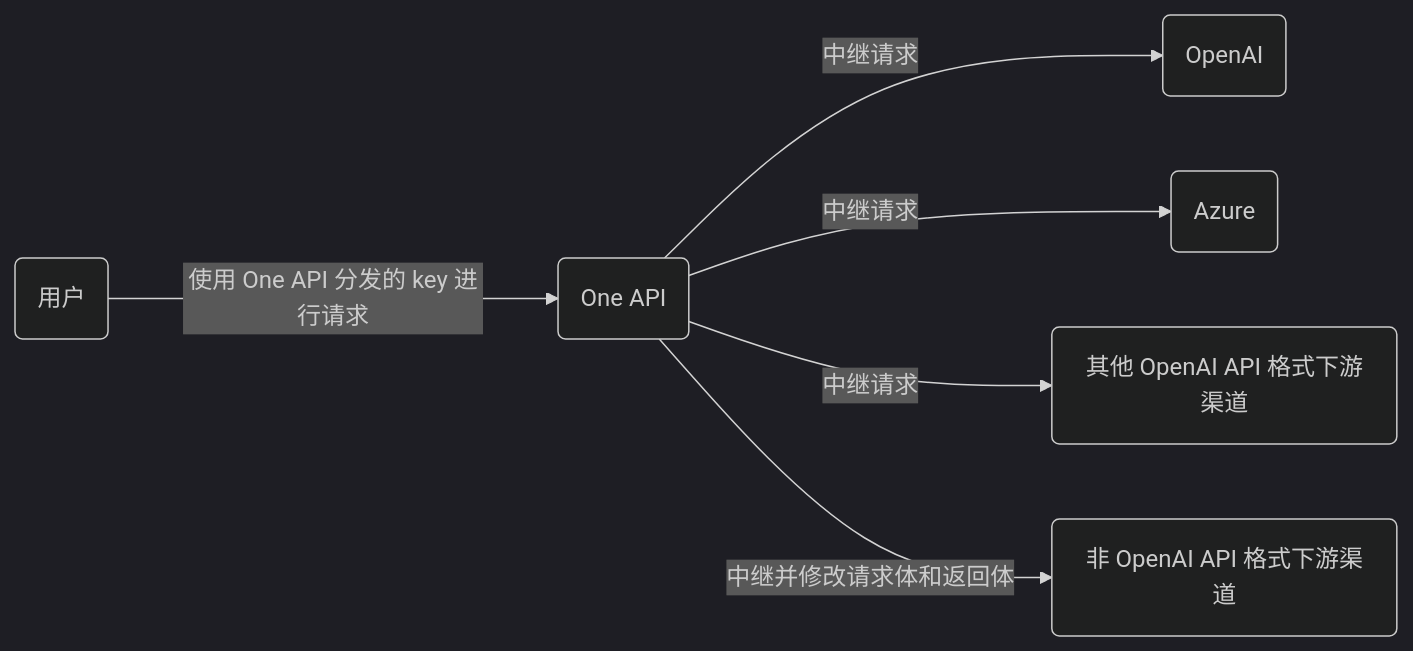
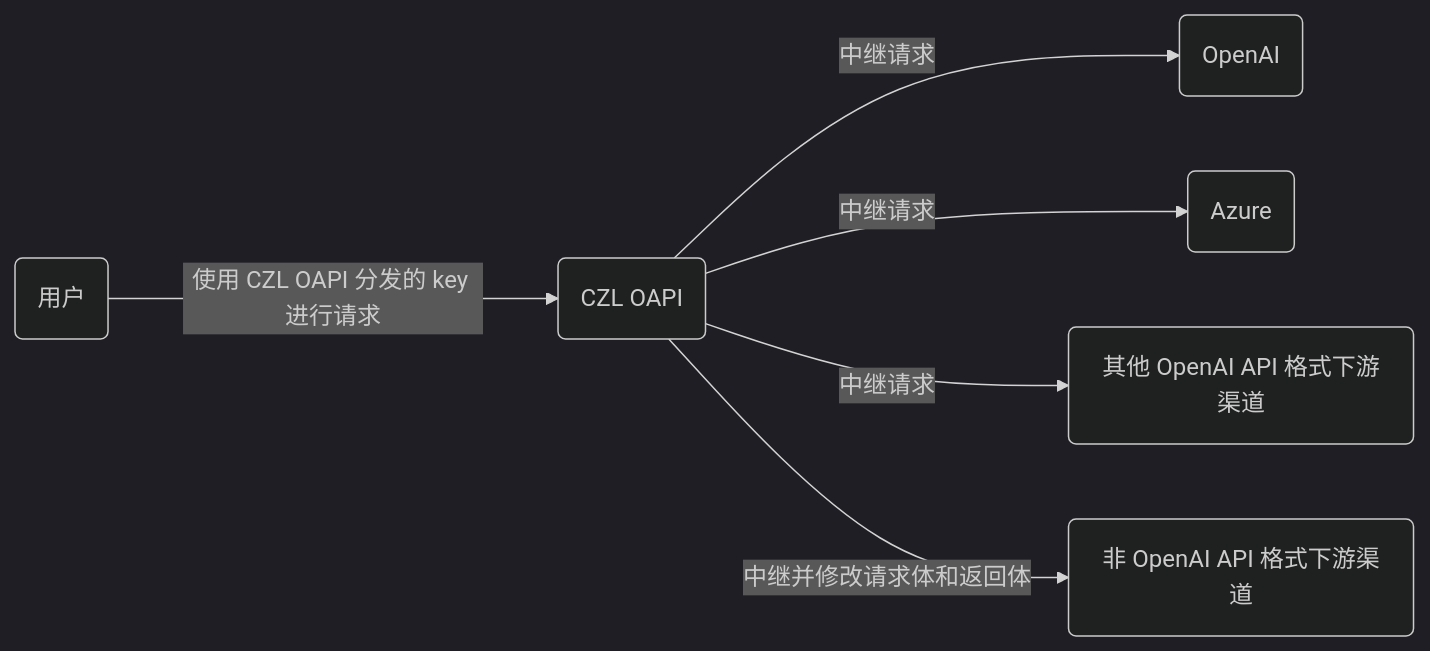
One commit to MartialBE/one-hub changed the diagram in README.md. Above: the diagram before and after it, drawn with Mermaid (dark theme). The commit also changed other lines of this file and 25 other files, not shown here.

````diff
--- a/README.md
+++ b/README.md
@@ -334,9 +334,9 @@
 ```mermaid
 graph LR
     A(用户)
-    A --->|使用 One API 分发的 key 进行请求| B(One API)
+    A --->|使用 CZL OAPI 分发的 key 进行请求| B(CZL OAPI)
     B -->|中继请求| C(OpenAI)
     B -->|中继请求| D(Azure)
     B -->|中继请求| E(其他 OpenAI API 格式下游渠道)
     B -->|中继并修改请求体和返回体| F(非 OpenAI API 格式下游渠道)
 ```
````
